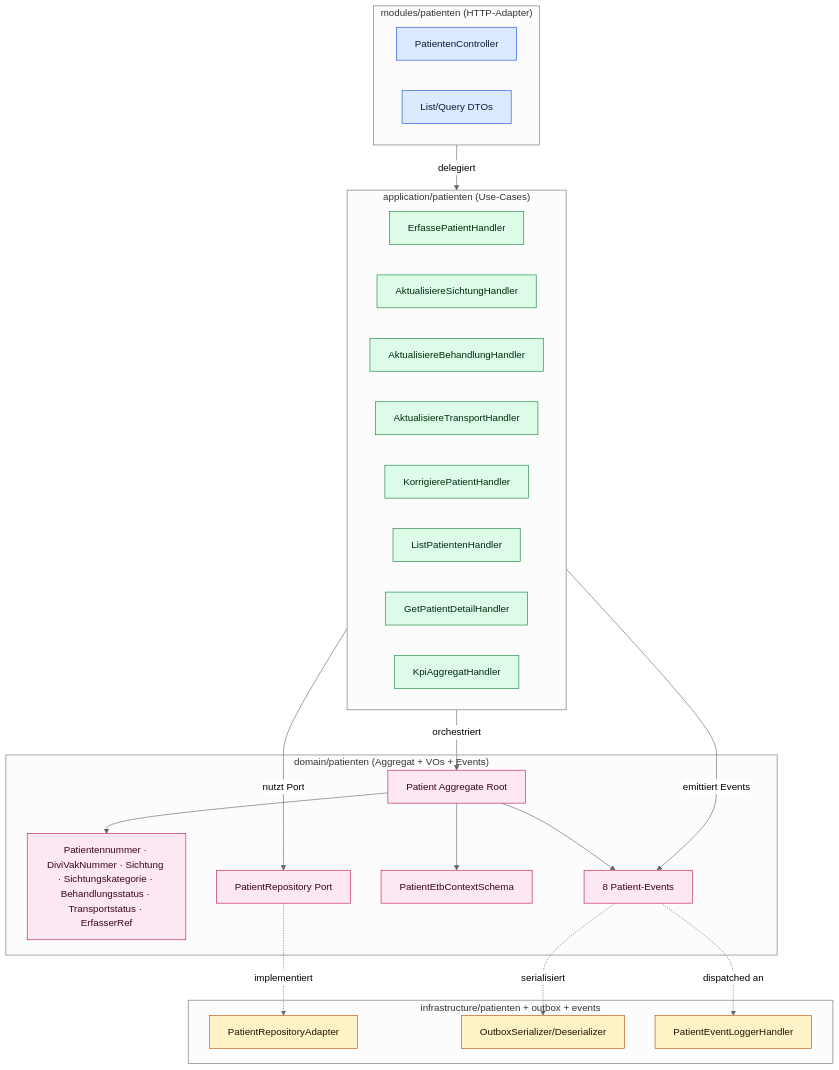
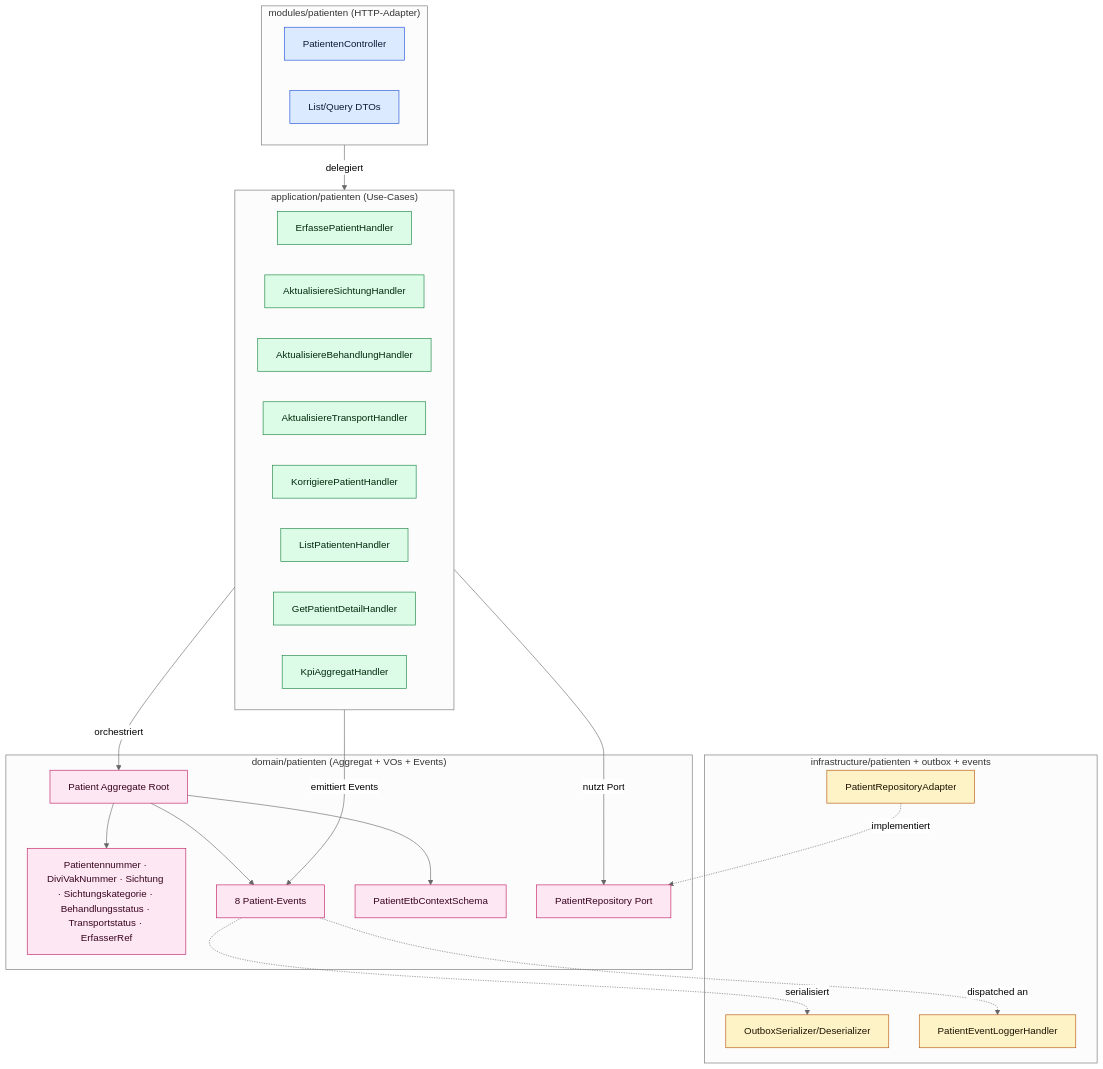
One commit to rubenvitt/bluelight-hub changed the first of 3 diagrams in docs/architecture/patient-domain-overview.md. Above: the diagram before and after it, drawn with Mermaid (neutral theme). The commit also changed other lines of this file and 344 other files, not shown here.

````diff
--- a/docs/architecture/patient-domain-overview.md
+++ b/docs/architecture/patient-domain-overview.md
@@ -14,48 +14,48 @@
 ```mermaid
 flowchart TB
   classDef modules fill:#dbeafe,stroke:#1d4ed8,color:#0c1c34;
   classDef infrastructure fill:#fef3c7,stroke:#b45309,color:#1c1300;
   classDef application fill:#dcfce7,stroke:#15803d,color:#012a0d;
   classDef domain fill:#fce7f3,stroke:#be185d,color:#3a0420;
 
   subgraph M["modules/patienten (HTTP-Adapter)"]
     PC[PatientenController]:::modules
     DTO_M[List/Query DTOs]:::modules
   end
 
   subgraph I["infrastructure/patienten + outbox + events"]
     REPO[PatientRepositoryAdapter]:::infrastructure
     OUTBOX[OutboxSerializer/Deserializer]:::infrastructure
     EVTADAPT[PatientEventLoggerHandler]:::infrastructure
   end
 
   subgraph A["application/patienten (Use-Cases)"]
     CMD_ERF[ErfassePatientHandler]:::application
     CMD_SICHT[AktualisiereSichtungHandler]:::application
     CMD_BEH[AktualisiereBehandlungHandler]:::application
     CMD_TRANS[AktualisiereTransportHandler]:::application
     CMD_KOR[KorrigierePatientHandler]:::application
     Q_LIST[ListPatientenHandler]:::application
     Q_DETAIL[GetPatientDetailHandler]:::application
     Q_KPI[KpiAggregatHandler]:::application
   end
 
   subgraph D["domain/patienten (Aggregat + VOs + Events)"]
     AGG[Patient Aggregate Root]:::domain
     VO[Patientennummer · DiviVakNummer · Sichtung · Sichtungskategorie · Behandlungsstatus · Transportstatus · ErfasserRef]:::domain
     EVT[8 Patient-Events]:::domain
     SCHEMA[PatientEtbContextSchema]:::domain
     PORT[PatientRepository Port]:::domain
   end
 
   M -->|delegiert| A
   A -->|nutzt Port| PORT
-  PORT -.implementiert.-> REPO
+  REPO -.implementiert.-> PORT
   A -->|emittiert Events| EVT
   EVT -.serialisiert.-> OUTBOX
   EVT -.dispatched an.-> EVTADAPT
   A -->|orchestriert| AGG
   AGG --> VO
   AGG --> EVT
   AGG --> SCHEMA
 ```
````
